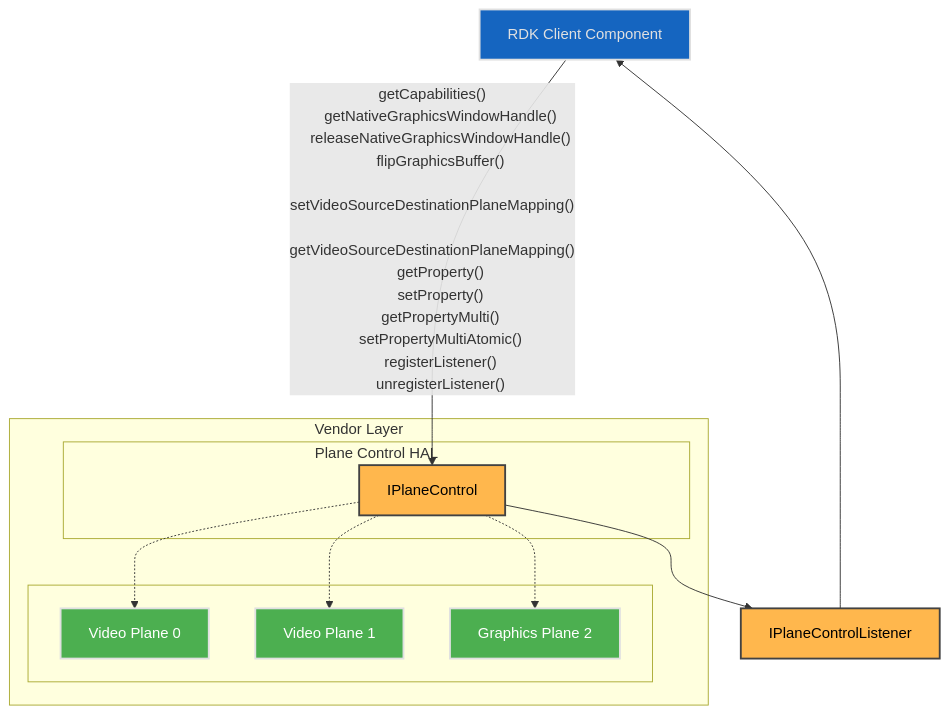
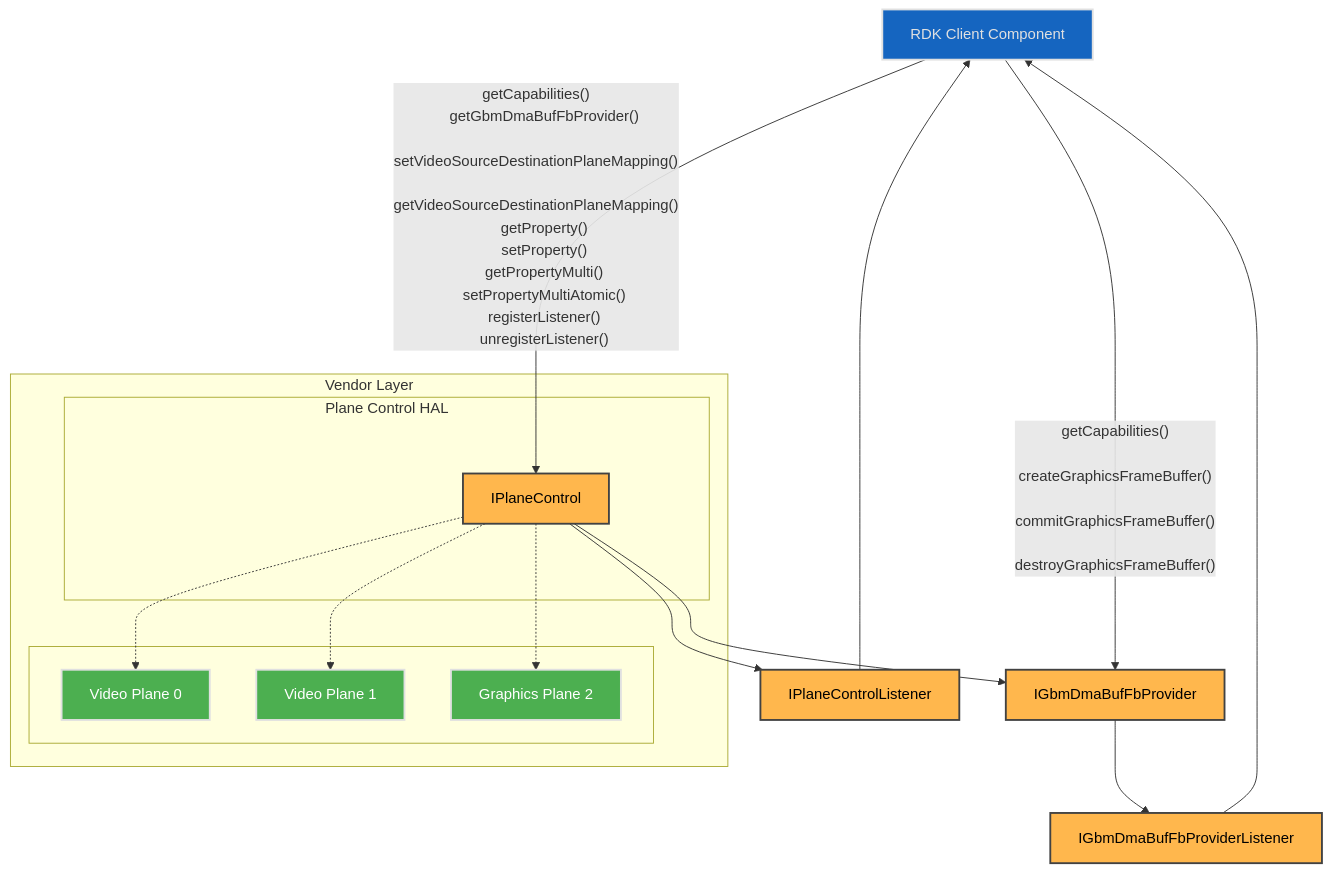
The first of 2 diagrams in docs/halif/plane_control/current/plane_control.md (rdkcentral/rdk-halif-aidl), drawn with Mermaid before and after one commit. The commit also changed other lines of this file and 8 other files, not shown here.

````diff
--- a/docs/halif/plane_control/current/plane_control.md
+++ b/docs/halif/plane_control/current/plane_control.md
@@ -75,57 +84,68 @@
 ```mermaid
 flowchart TD
     %% --- Components ---
     RDKClientComponent["RDK Client Component"]
     IPlaneControlListener["IPlaneControlListener"]
+    IGbmDmaBufFbProvider["IGbmDmaBufFbProvider"]
+    IGbmDmaBufFbProviderListener["IGbmDmaBufFbProviderListener"]
 
     subgraph Connections["Vendor Layer"]
         subgraph IPlaneControlHAL["Plane Control HAL"]
             IPlaneControl["IPlaneControl"]
         end
 
         subgraph OutputComponents[" "]
             VideoPlane0["Video Plane 0"]
             VideoPlane1["Video Plane 1"]
             VideoPlane2["Graphics Plane 2"]
         end
     end
 
     %% --- Function Calls Over Single Line ---
     RDKClientComponent -- getCapabilities()
-    getNativeGraphicsWindowHandle()
-    releaseNativeGraphicsWindowHandle()
-    flipGraphicsBuffer()
+    getGbmDmaBufFbProvider()
     setVideoSourceDestinationPlaneMapping()
     getVideoSourceDestinationPlaneMapping()
     getProperty()
     setProperty()
     getPropertyMulti()
     setPropertyMultiAtomic()
     registerListener()
     unregisterListener()
      --> IPlaneControl
 
+    RDKClientComponent -- getCapabilities()
+    createGraphicsFrameBuffer()
+    commitGraphicsFrameBuffer()
+    destroyGraphicsFrameBuffer()
+     --> IGbmDmaBufFbProvider
+
     IPlaneControlListener --> RDKClientComponent
+    IGbmDmaBufFbProviderListener --> RDKClientComponent
 
     %% --- Wrapped Connections in a Subgraph ---
         IPlaneControl --> IPlaneControlListener
+        IPlaneControl --> IGbmDmaBufFbProvider
+        IGbmDmaBufFbProvider --> IGbmDmaBufFbProviderListener
         IPlaneControl -.-> VideoPlane0
         IPlaneControl -.-> VideoPlane1
         IPlaneControl -.-> VideoPlane2
 
     %% --- Apply Colors ---
     classDef background fill:#121212,stroke:none,color:#E0E0E0;
     classDef blue fill:#1565C0,stroke:#E0E0E0,stroke-width:2px,color:#E0E0E0;
     classDef lightGrey fill:#616161,stroke:#E0E0E0,stroke-width:2px,color:#FFFFFF;
     classDef wheat fill:#FFB74D,stroke:#424242,stroke-width:2px,color:#000000;
     classDef green fill:#4CAF50,stroke:#E0E0E0,stroke-width:2px,color:#FFFFFF;
     classDef default fill:#1E1E1E,stroke:#E0E0E0,stroke-width:1px,color:#E0E0E0;
 
     RDKClientComponent:::blue
     IPlaneControl:::wheat
     IPlaneControlListener:::wheat
+    IGbmDmaBufFbProvider:::wheat
+    IGbmDmaBufFbProviderListener:::wheat
     VideoPlane0:::green
     VideoPlane1:::green
     VideoPlane2:::green
 
 ```
````
